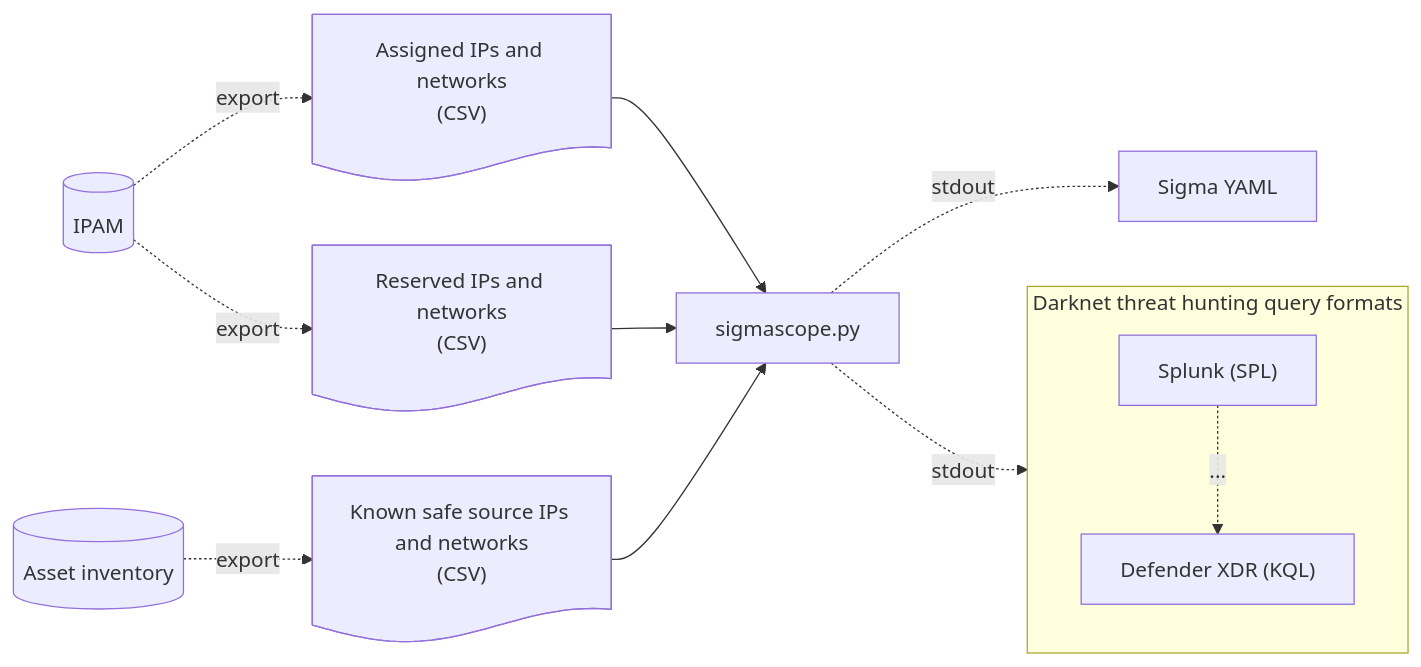
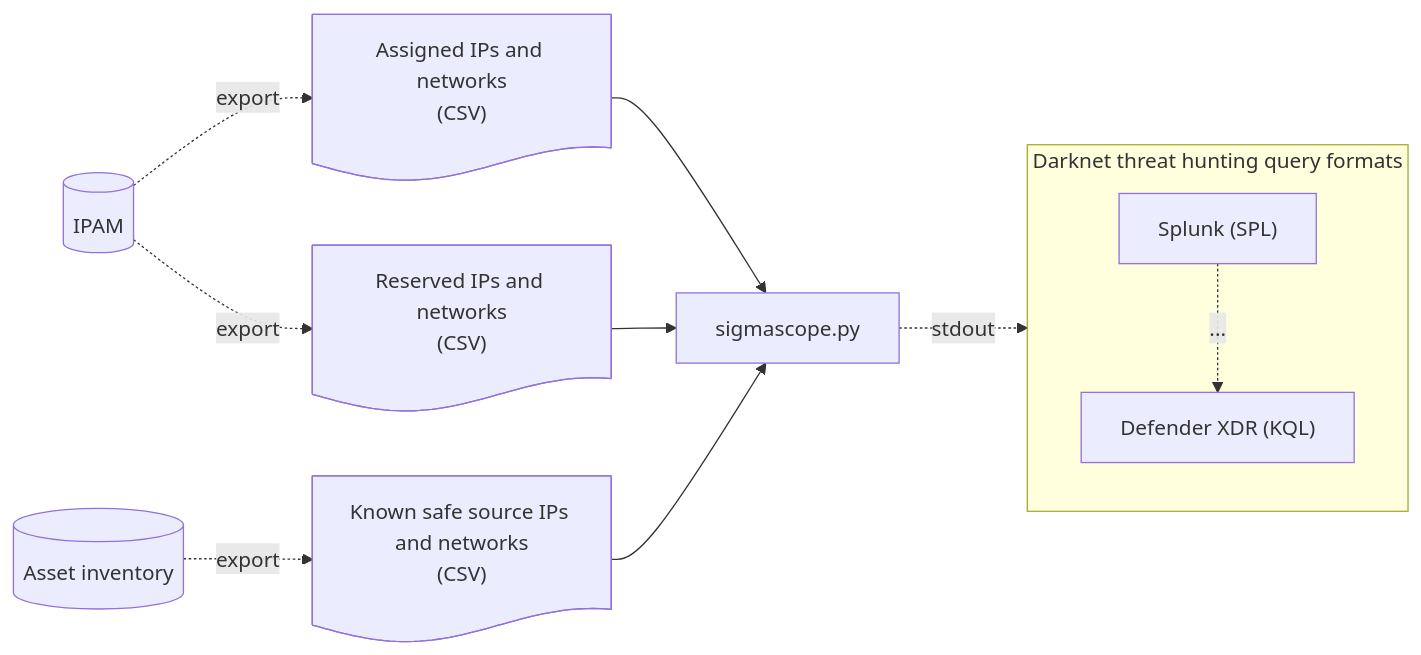
The diagram in README.md (thisismyrobot/sigmascope), drawn with Mermaid before and after one commit. The commit also changed other lines of this file, not shown here.

````diff
--- a/README.md
+++ b/README.md
@@ -24,24 +25,23 @@
 ```mermaid
 flowchart LR
 ipam@{ shape: cyl, label: "IPAM" }
 reserved@{ shape: doc, label: "Reserved IPs and networks\n(CSV)" }
 assigned@{ shape: doc, label: "Assigned IPs and networks\n(CSV)" }
 
 ipam -.export.-> reserved
 ipam -.export.-> assigned
 
 assets@{ shape: cyl, label: "Asset inventory" }
 allowed@{ shape: doc, label: "Known safe source IPs and networks\n(CSV)"}
 assets -.export.-> allowed
 
 sigmascope["sigmascope.py"]
 assigned --> sigmascope
 reserved --> sigmascope
 allowed --> sigmascope
 
 subgraph outputs["Darknet threat hunting query formats"]
   s["Splunk (SPL)"] -."...".-> d["Defender XDR (KQL)"]
 end
 sigmascope -.stdout.-> outputs
-sigmascope -.stdout.-> sigma["Sigma YAML"]
 ```
````
